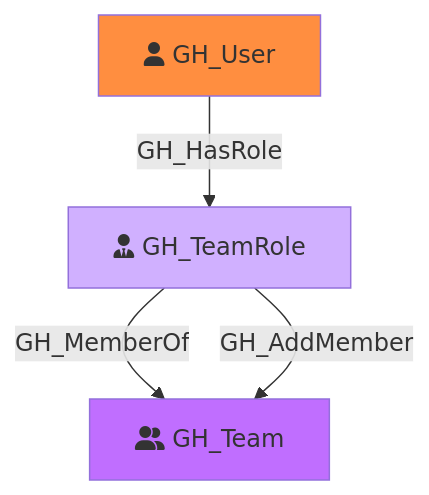
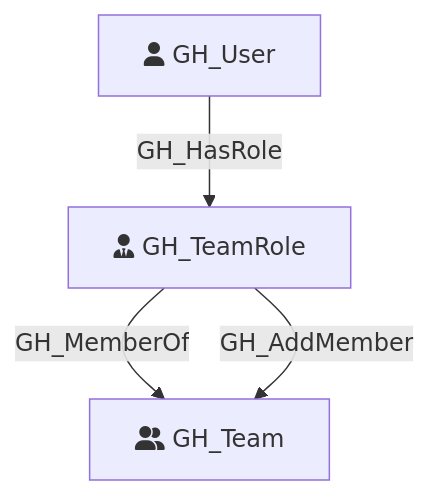
The diagram in Documentation/NodeDescriptions/GH_TeamRole.md (SpecterOps/GitHound), drawn with Mermaid before and after one commit. The commit also changed 23 other files, not shown here.

Commit message:
rm mermaid box colors

````diff
--- a/Documentation/NodeDescriptions/GH_TeamRole.md
+++ b/Documentation/NodeDescriptions/GH_TeamRole.md
@@ -36,14 +36,11 @@
 ```mermaid
 flowchart TD
     GH_TeamRole[fa:fa-user-tie GH_TeamRole]
     GH_User[fa:fa-user GH_User]
     GH_Team[fa:fa-user-group GH_Team]
 
-    style GH_TeamRole fill:#D0B0FF
-    style GH_User fill:#FF8E40
-    style GH_Team fill:#C06EFF
 
     GH_User -->|GH_HasRole| GH_TeamRole
     GH_TeamRole -->|GH_MemberOf| GH_Team
     GH_TeamRole -->|GH_AddMember| GH_Team
 ```
````
